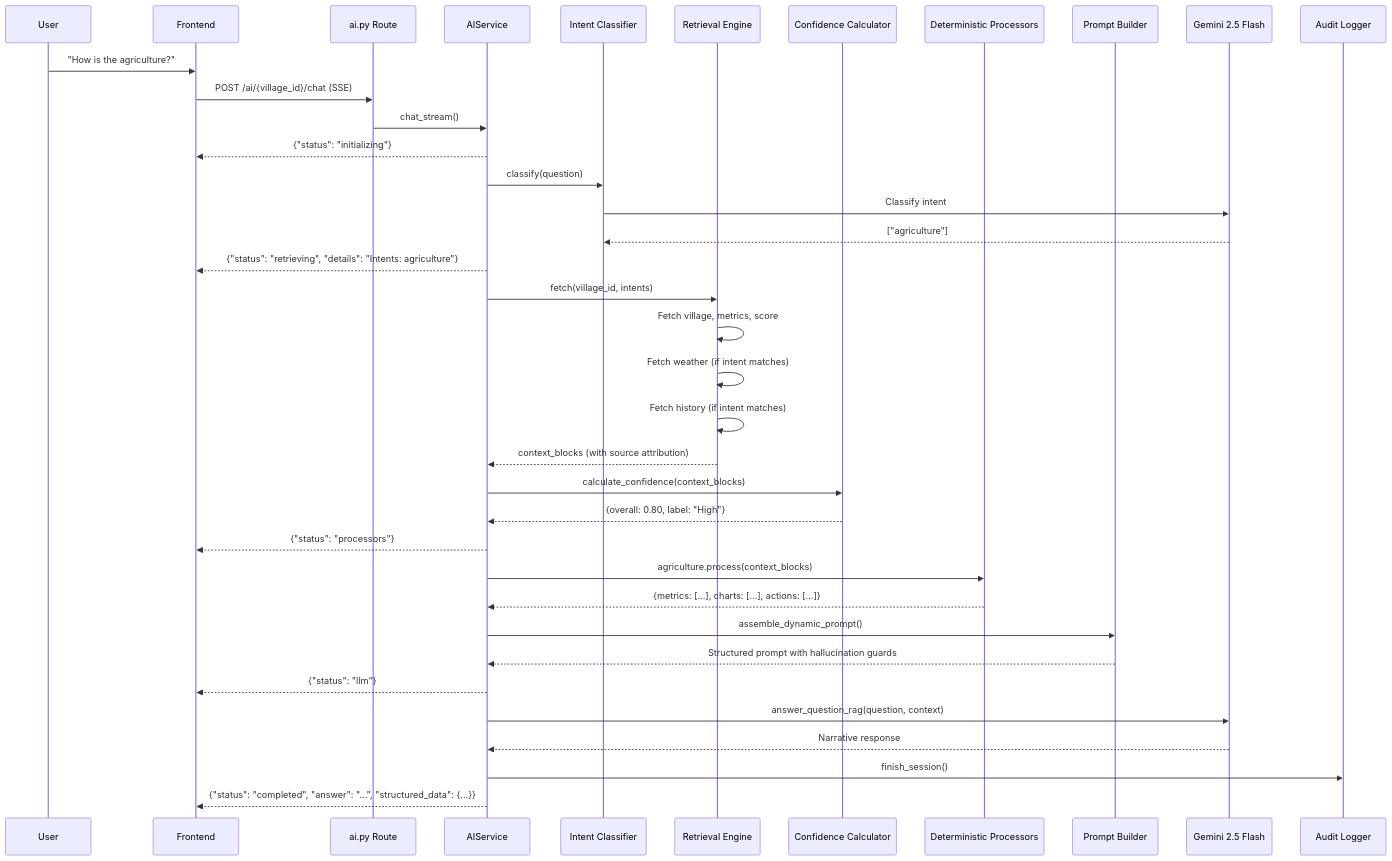
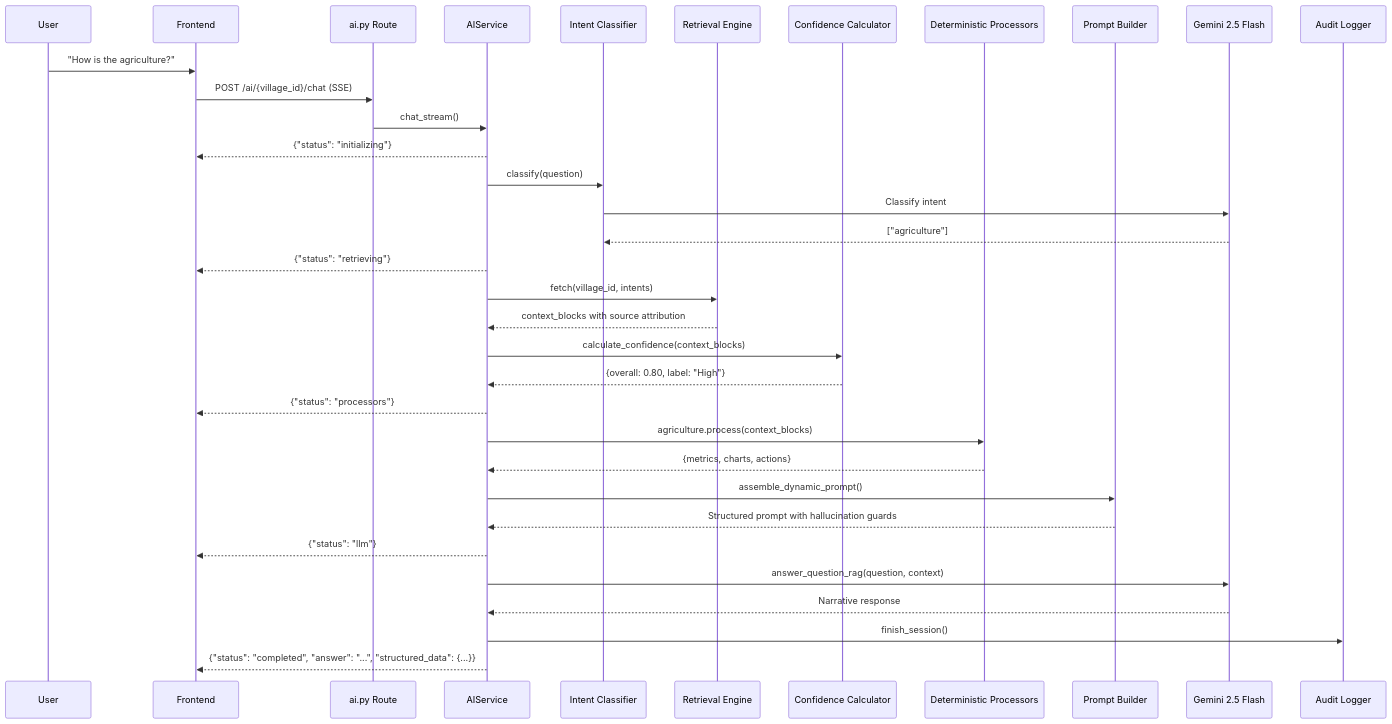
One commit to Shwetapatil13/GramDrishti changed the fourth of 8 diagrams in ARCHITECTURE.md. Above: the diagram before and after it, drawn with Mermaid. The commit also changed other lines of this file and 6 other files, not shown here.

Commit message:
clean up documentation formatting and improve clarity in project roadmap files

````diff
--- a/ARCHITECTURE.md
+++ b/ARCHITECTURE.md
@@ -235,51 +235,48 @@
 ```mermaid
 sequenceDiagram
     participant User
     participant Frontend
     participant AIRoute as ai.py Route
     participant AIService as AIService
     participant Classifier as Intent Classifier
     participant Retrieval as Retrieval Engine
     participant Confidence as Confidence Calculator
     participant Processors as Deterministic Processors
     participant PromptBuilder as Prompt Builder
     participant Gemini as Gemini 2.5 Flash
     participant Audit as Audit Logger
 
     User->>Frontend: "How is the agriculture?"
     Frontend->>AIRoute: POST /ai/{village_id}/chat (SSE)
     AIRoute->>AIService: chat_stream()
 
     AIService-->>Frontend: {"status": "initializing"}
 
     AIService->>Classifier: classify(question)
     Classifier->>Gemini: Classify intent
     Gemini-->>Classifier: ["agriculture"]
-    AIService-->>Frontend: {"status": "retrieving", "details": "Intents: agriculture"}
+    AIService-->>Frontend: {"status": "retrieving"}
 
     AIService->>Retrieval: fetch(village_id, intents)
-    Retrieval->>Retrieval: Fetch village, metrics, score
-    Retrieval->>Retrieval: Fetch weather (if intent matches)
-    Retrieval->>Retrieval: Fetch history (if intent matches)
-    Retrieval-->>AIService: context_blocks (with source attribution)
+    Retrieval-->>AIService: context_blocks with source attribution
 
     AIService->>Confidence: calculate_confidence(context_blocks)
     Confidence-->>AIService: {overall: 0.80, label: "High"}
 
     AIService-->>Frontend: {"status": "processors"}
 
     AIService->>Processors: agriculture.process(context_blocks)
-    Processors-->>AIService: {metrics: [...], charts: [...], actions: [...]}
+    Processors-->>AIService: {metrics, charts, actions}
 
     AIService->>PromptBuilder: assemble_dynamic_prompt()
     PromptBuilder-->>AIService: Structured prompt with hallucination guards
 
     AIService-->>Frontend: {"status": "llm"}
 
     AIService->>Gemini: answer_question_rag(question, context)
     Gemini-->>AIService: Narrative response
 
     AIService->>Audit: finish_session()
 
     AIService-->>Frontend: {"status": "completed", "answer": "...", "structured_data": {...}}
 ```
````
